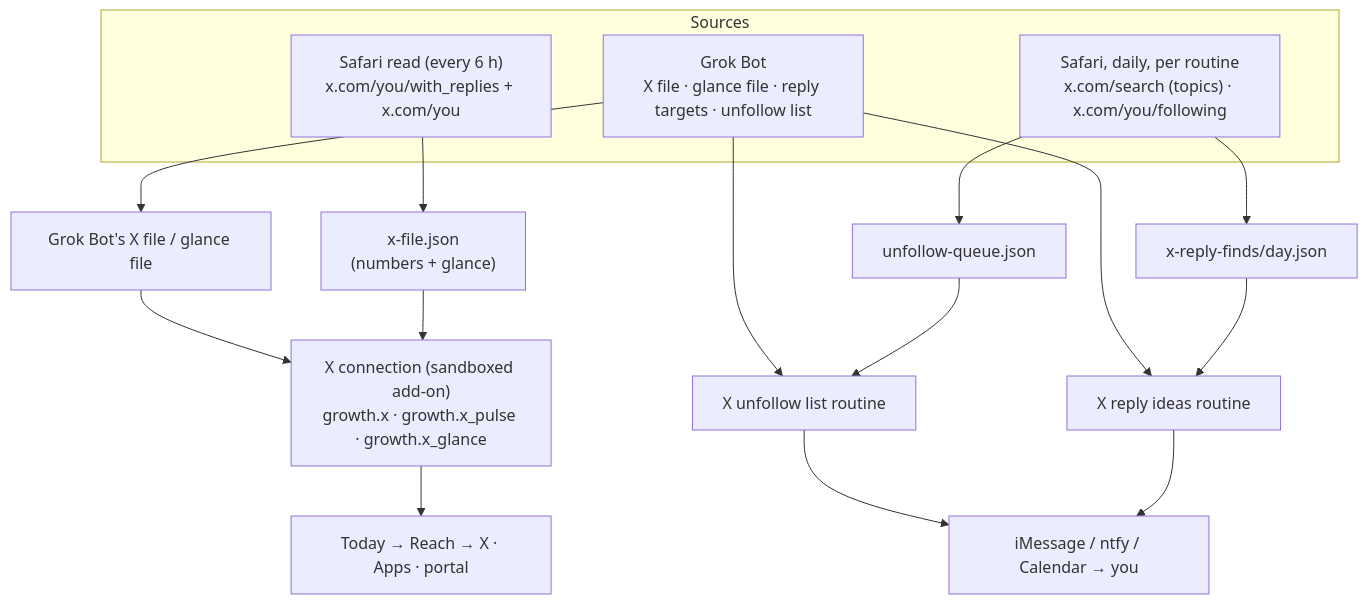
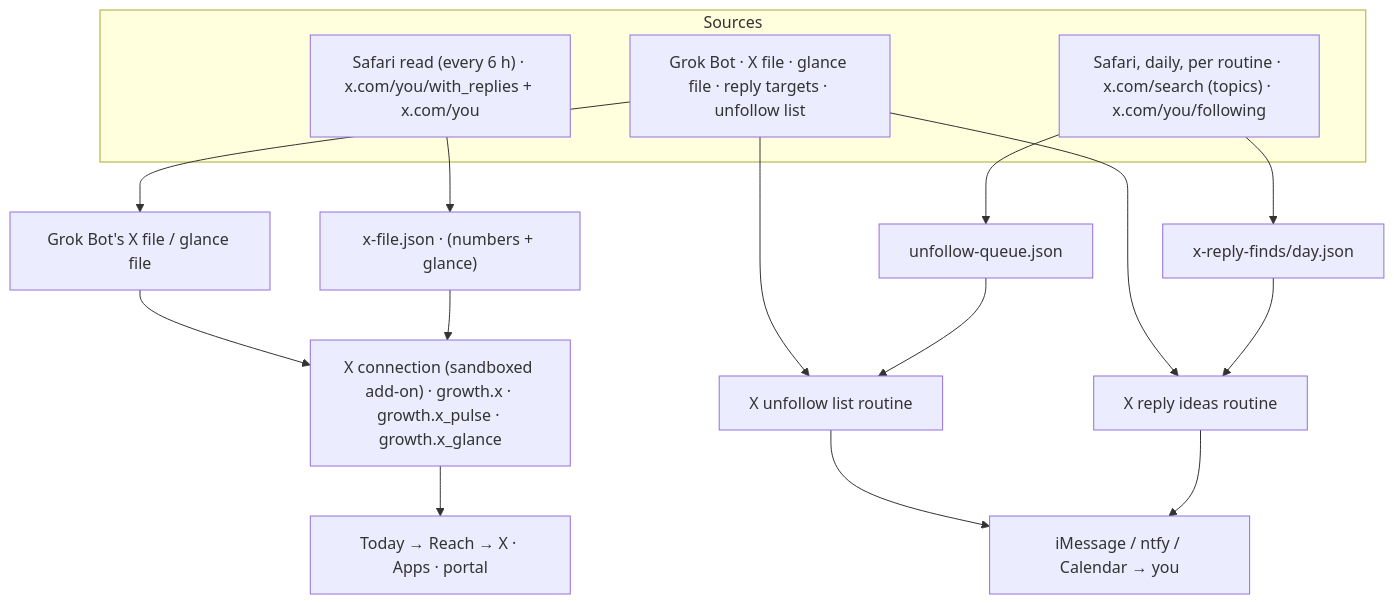
One commit to priyevsingh/hmunmawi changed the diagram in docs/X-TECHNICAL.md. Above: the diagram before and after it, drawn with Mermaid. The commit also changed other lines of this file and 4 other files, not shown here.

Commit message:
Docs: clearer Win / Worry / Next table; plain-text version before every flow diagram

````diff
--- a/docs/X-TECHNICAL.md
+++ b/docs/X-TECHNICAL.md
@@ -12,21 +21,21 @@
 ```mermaid
 flowchart TB
     subgraph Sources
-        GB["Grok Bot<br/>X file · glance file · reply targets · unfollow list"]
-        SR["Safari read (every 6 h)<br/>x.com/you/with_replies + x.com/you"]
-        SS["Safari, daily, per routine<br/>x.com/search (topics) · x.com/you/following"]
+        GB["Grok Bot · X file · glance file · reply targets · unfollow list"]
+        SR["Safari read (every 6 h) · x.com/you/with_replies + x.com/you"]
+        SS["Safari, daily, per routine · x.com/search (topics) · x.com/you/following"]
     end
-    SR --> XF["x-file.json<br/>(numbers + glance)"]
+    SR --> XF["x-file.json · (numbers + glance)"]
     SS --> RF["x-reply-finds/day.json"]
     SS --> UF["unfollow-queue.json"]
     GB --> XF2["Grok Bot's X file / glance file"]
-    XF --> AD["X connection (sandboxed add-on)<br/>growth.x · growth.x_pulse · growth.x_glance"]
+    XF --> AD["X connection (sandboxed add-on) · growth.x · growth.x_pulse · growth.x_glance"]
     XF2 --> AD
     AD --> UI["Today → Reach → X · Apps · portal"]
     RF --> RI["X reply ideas routine"]
     GB --> RI
     UF --> UL["X unfollow list routine"]
     GB --> UL
     RI --> YOU["iMessage / ntfy / Calendar → you"]
     UL --> YOU
 ```
````
